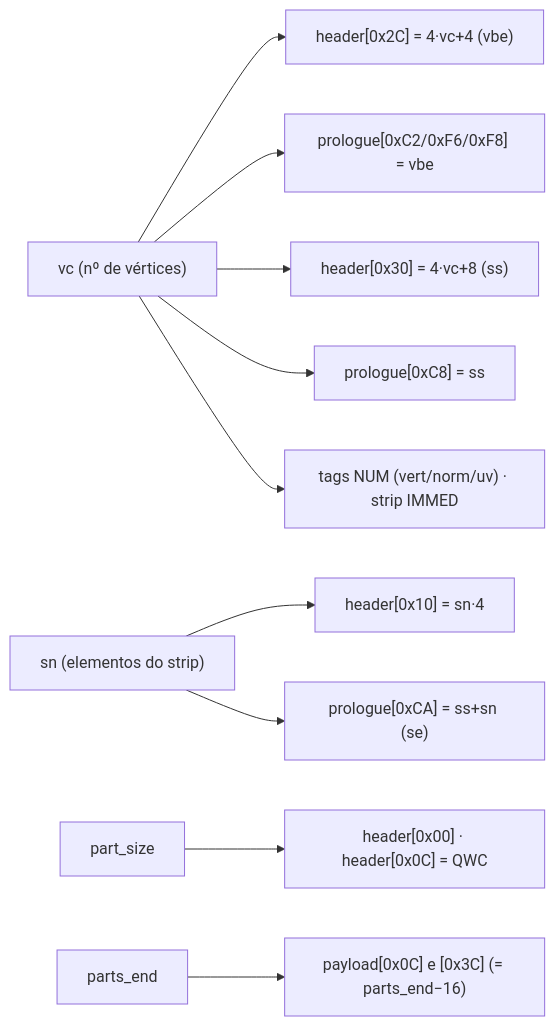
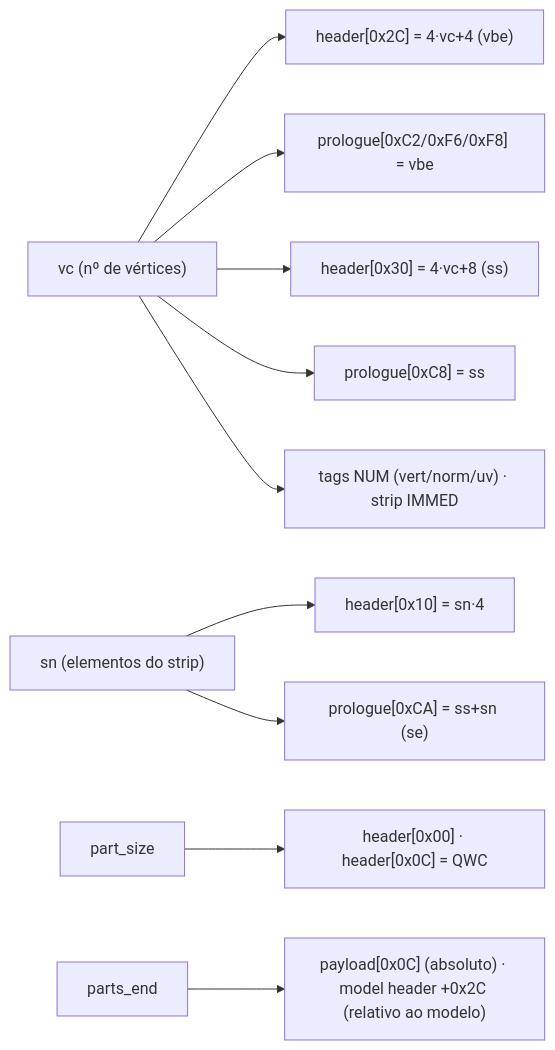
One commit to FVitor7/wepes3d changed the third of 3 diagrams in README.md. Above: the diagram before and after it, drawn with Mermaid. The commit also changed other lines of this file and 18 other files, not shown here.

First line of the commit message:
Fix the parts end in the model header, .obj UVs and zero-diff roundtrip

````diff
--- a/README.md
+++ b/README.md
@@ -112,12 +112,12 @@
 ```mermaid
 flowchart LR
     VC["vc (nº de vértices)"] --> H2C["header[0x2C] = 4·vc+4 (vbe)"]
     VC --> HC2["prologue[0xC2/0xF6/0xF8] = vbe"]
     VC --> H30["header[0x30] = 4·vc+8 (ss)"]
     VC --> HC8["prologue[0xC8] = ss"]
     VC --> TAGS["tags NUM (vert/norm/uv) · strip IMMED"]
     SN["sn (elementos do strip)"] --> H10["header[0x10] = sn·4"]
     SN --> HCA["prologue[0xCA] = ss+sn (se)"]
     PS["part_size"] --> H00["header[0x00] · header[0x0C] = QWC"]
-    PE["parts_end"] --> PP["payload[0x0C] e [0x3C] (= parts_end−16)"]
+    PE["parts_end"] --> PP["payload[0x0C] (absoluto) · model header +0x2C (relativo ao modelo)"]
 ```
````
